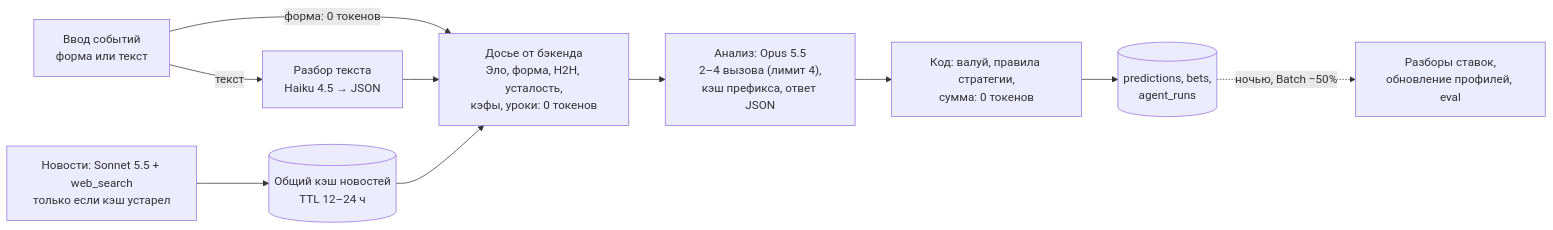
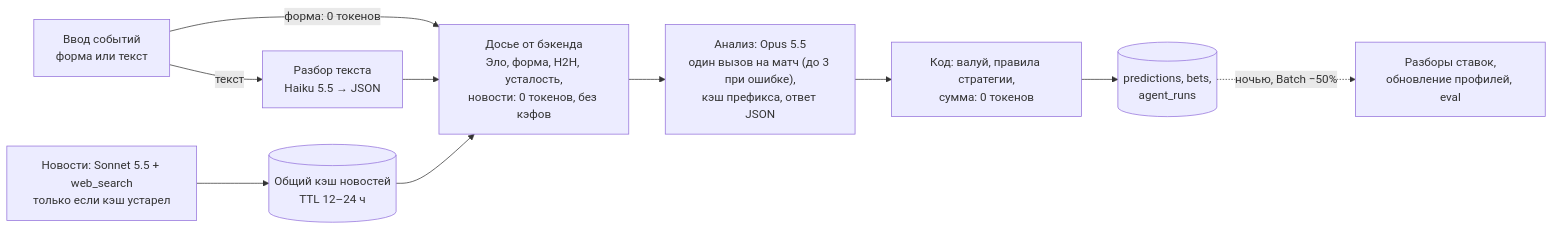
Before and after one commit to rvburov/ai_agent_capper: the diagram in docs/TOKEN_ECONOMY.md, drawn with Mermaid. The commit also changed other lines of this file and 81 other files, not shown here.

````diff
--- a/docs/TOKEN_ECONOMY.md
+++ b/docs/TOKEN_ECONOMY.md
@@ -323,12 +324,12 @@
 ```mermaid
 flowchart LR
-  A["Ввод событий<br/>форма или текст"] -->|текст| B["Разбор текста<br/>Haiku 4.5 → JSON"]
+  A["Ввод событий<br/>форма или текст"] -->|текст| B["Разбор текста<br/>Haiku 5.5 → JSON"]
   A -->|форма: 0 токенов| C
-  B --> C["Досье от бэкенда<br/>Эло, форма, H2H, усталость,<br/>кэфы, уроки: 0 токенов"]
+  B --> C["Досье от бэкенда<br/>Эло, форма, H2H, усталость,<br/>новости: 0 токенов, без кэфов"]
   N[("Общий кэш новостей<br/>TTL 12–24 ч")] --> C
   W["Новости: Sonnet 5.5 + web_search<br/>только если кэш устарел"] --> N
-  C --> D["Анализ: Opus 5.5<br/>2–4 вызова (лимит 4),<br/>кэш префикса, ответ JSON"]
+  C --> D["Анализ: Opus 5.5<br/>один вызов на матч (до 3 при ошибке),<br/>кэш префикса, ответ JSON"]
   D --> E["Код: валуй, правила стратегии,<br/>сумма: 0 токенов"]
   E --> F[("predictions, bets,<br/>agent_runs")]
   F -.->|"ночью, Batch −50%"| G["Разборы ставок,<br/>обновление профилей, eval"]
 ```
````
